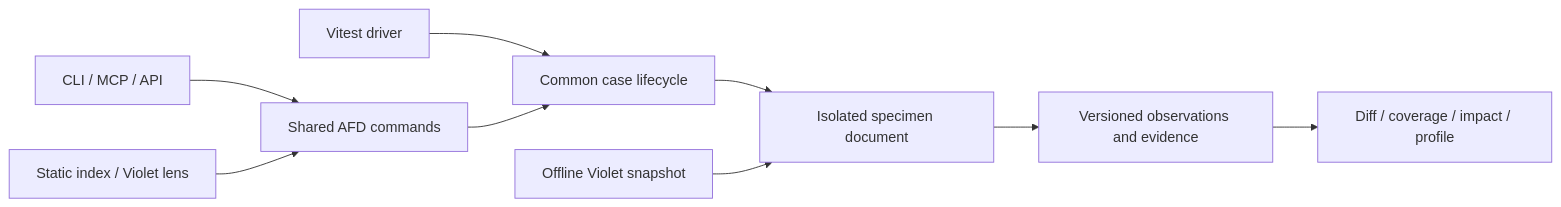
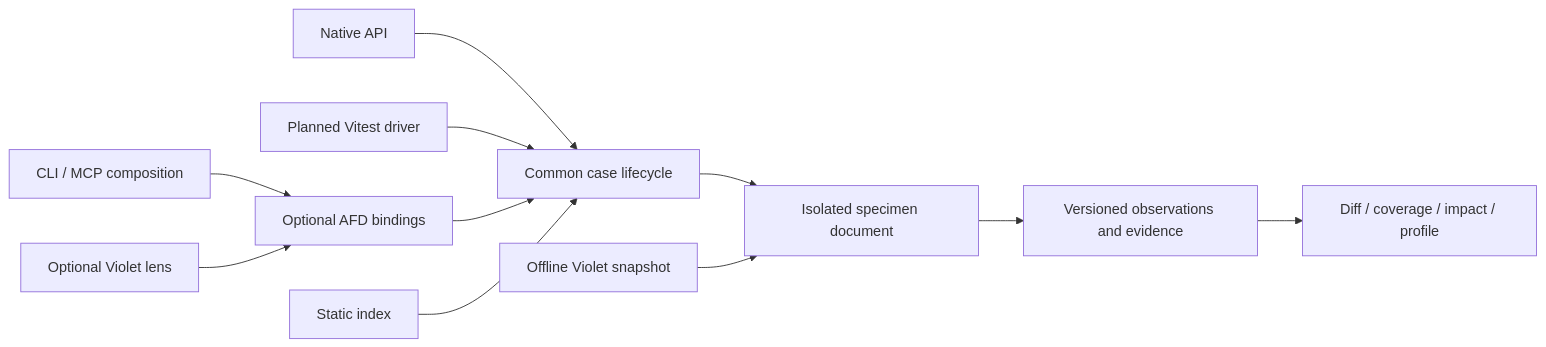
The diagram in docs/features/proposed/specimens/specimens.proposal.md (lushly-dev/afd), drawn with Mermaid before and after one commit. The commit also changed other lines of this file and 23 other files, not shown here.

````diff
--- a/docs/features/proposed/specimens/specimens.proposal.md
+++ b/docs/features/proposed/specimens/specimens.proposal.md
@@ -203,11 +204,13 @@
 ```mermaid
 flowchart LR
-  CLI[CLI / MCP / API] --> Commands[Shared AFD commands]
-  Tests[Vitest driver] --> Life[Common case lifecycle]
+  CLI[CLI / MCP composition] --> Commands[Optional AFD bindings]
+  API[Native API] --> Life[Common case lifecycle]
+  Tests[Planned Vitest driver] --> Life
   Commands --> Life
-  Index[Static index / Violet lens] --> Commands
+  Index[Static index] --> Life
+  Lens[Optional Violet lens] --> Commands
   Life --> Page[Isolated specimen document]
   Page --> Capture[Versioned observations and evidence]
   Capture --> Results[Diff / coverage / impact / profile]
   Snapshot[Offline Violet snapshot] --> Page
 ```
````
